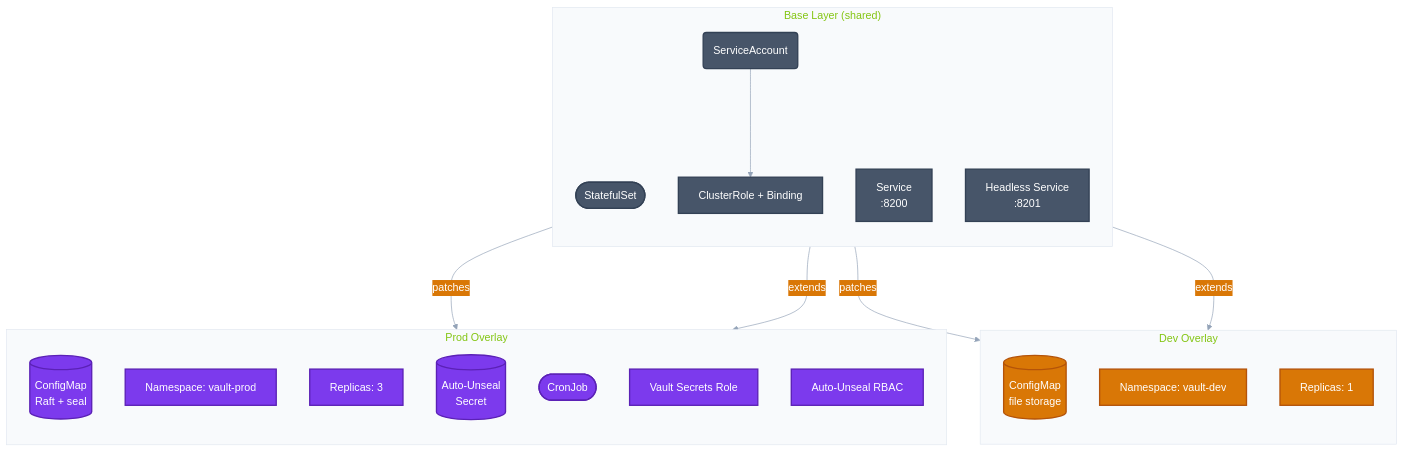
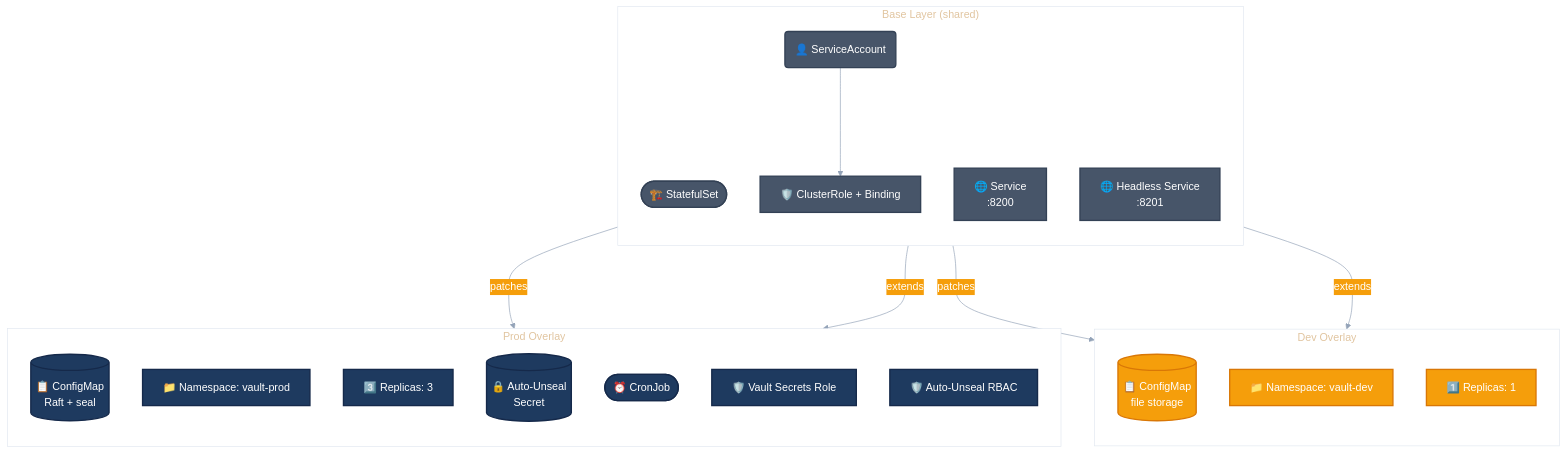
One commit to Orpere/kind changed the fifth of 5 diagrams in secrets-management/vault/README.md. Above: the diagram before and after it, drawn with Mermaid. The commit also changed other lines of this file and 1 other file, not shown here.

````diff
--- a/secrets-management/vault/README.md
+++ b/secrets-management/vault/README.md
@@ -379,45 +382,45 @@
 ```mermaid
-%%{init: {'theme': 'base', 'themeVariables': { 'primaryColor': '#475569', 'primaryTextColor': '#ffffff', 'primaryBorderColor': '#334155', 'lineColor': '#94A3B8', 'secondaryColor': '#D97706', 'tertiaryColor': '#7C3AED', 'clusterBkg': '#F8FAFC', 'clusterBorder': '#E2E8F0', 'fontFamily': 'system-ui, -apple-system, sans-serif' }}}%%
+%%{init: {"theme": "base", "themeVariables": {"primaryColor": "#475569", "primaryTextColor": "#FFFFFF", "primaryBorderColor": "#15294A", "lineColor": "#94A3B8", "secondaryColor": "#F59E0B", "tertiaryColor": "#1E3A5F", "clusterBkg": "#FFFFFF", "clusterBorder": "#E2E8F0", "nodeBorder": "#475569", "fontFamily": "system-ui, -apple-system, sans-serif"}}}%%
 graph TB
 
     subgraph "Base Layer (shared)"
         direction TB
-        ST([StatefulSet])
-        SVC[Service<br/>:8200]
-        SVC_INT[Headless Service<br/>:8201]
-        SA(ServiceAccount)
-        CR[ClusterRole + Binding]
+        ST([🏗️ StatefulSet])
+        SVC[🌐 Service<br/>:8200]
+        SVC_INT[🌐 Headless Service<br/>:8201]
+        SA(👤 ServiceAccount)
+        CR[🛡️ ClusterRole + Binding]
     end
 
     subgraph "Dev Overlay"
         direction TB
-        CM_DEV[(ConfigMap<br/>file storage)]
-        NS_DEV["Namespace: vault-dev"]
-        R1["Replicas: 1"]
+        CM_DEV[(📋 ConfigMap<br/>file storage)]
+        NS_DEV["📁 Namespace: vault-dev"]
+        R1["1️⃣ Replicas: 1"]
     end
 
     subgraph "Prod Overlay"
         direction TB
-        CM_PROD[(ConfigMap<br/>Raft + seal)]
-        NS_PROD["Namespace: vault-prod"]
-        R3["Replicas: 3"]
-        SEC[(Auto-Unseal<br/>Secret)]
-        CJ([CronJob])
-        RBAC_PROD[Vault Secrets Role]
-        RBAC_CJ[Auto-Unseal RBAC]
+        CM_PROD[(📋 ConfigMap<br/>Raft + seal)]
+        NS_PROD["📁 Namespace: vault-prod"]
+        R3["3️⃣ Replicas: 3"]
+        SEC[(🔒 Auto-Unseal<br/>Secret)]
+        CJ([⏰ CronJob])
+        RBAC_PROD[🛡️ Vault Secrets Role]
+        RBAC_CJ[🛡️ Auto-Unseal RBAC]
     end
 
     ST --->|patches| R1
     ST --->|patches| R3
     SA ---> CR
     SVC --->|extends| NS_DEV
     SVC --->|extends| NS_PROD
 
 
-    classDef base fill:#475569,color:#ffffff,stroke:#334155,stroke-width:2px
-    classDef dev fill:#D97706,color:#ffffff,stroke:#B45309,stroke-width:2px
-    classDef prod fill:#7C3AED,color:#ffffff,stroke:#5B21B6,stroke-width:2px
+    classDef base fill:#475569,color:#FFFFFF,stroke:#334155,stroke-width:2px
+    classDef dev fill:#F59E0B,color:#FFFFFF,stroke:#D97706,stroke-width:2px
+    classDef prod fill:#1E3A5F,color:#FFFFFF,stroke:#15294A,stroke-width:2px
     class ST,SVC,SVC_INT,SA,CR base
     class CM_DEV,NS_DEV,R1 dev
     class CM_PROD,NS_PROD,R3,SEC,CJ,RBAC_PROD,RBAC_CJ prod
 ```
````
